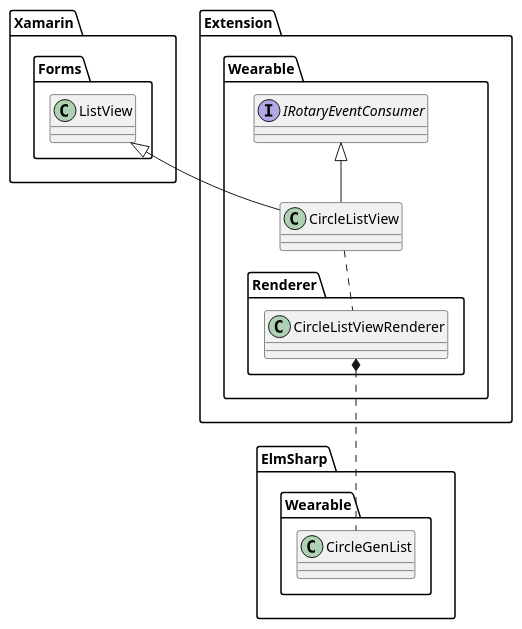
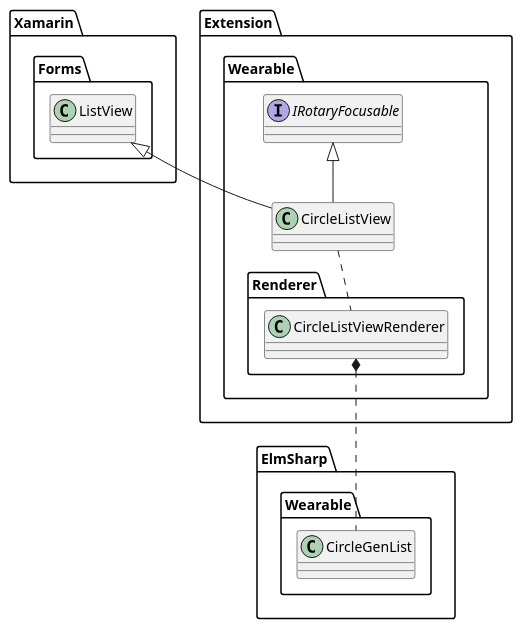
The fourth of 15 diagrams in doc/design/uml/CirclePage.wsd (Samsung/Tizen.CircularUI), drawn with PlantUML before and after one commit. The commit also changed other lines of this file and 36 other files, not shown here.

```diff
--- a/doc/design/uml/CirclePage.wsd
+++ b/doc/design/uml/CirclePage.wsd
@@ -140,24 +127,24 @@
 @startuml CircleListView.png
 
 package "Xamarin.Forms" {
     class ListView
 }
 
 package "Extension.Wearable" {
-    interface IRotaryEventConsumer
+    interface IRotaryFocusable
     class CircleListView
 
     CircleListView -u-|> ListView
-    CircleListView -u-|> IRotaryEventConsumer
+    CircleListView -u-|> IRotaryFocusable
 }
 
 package "Extension.Wearable.Renderer" {
     class CircleListViewRenderer
     CircleListViewRenderer .u. CircleListView
 }
 
 package "ElmSharp.Wearable" {
     class CircleGenList
     CircleListViewRenderer *.d. CircleGenList
 }
 @enduml
```
